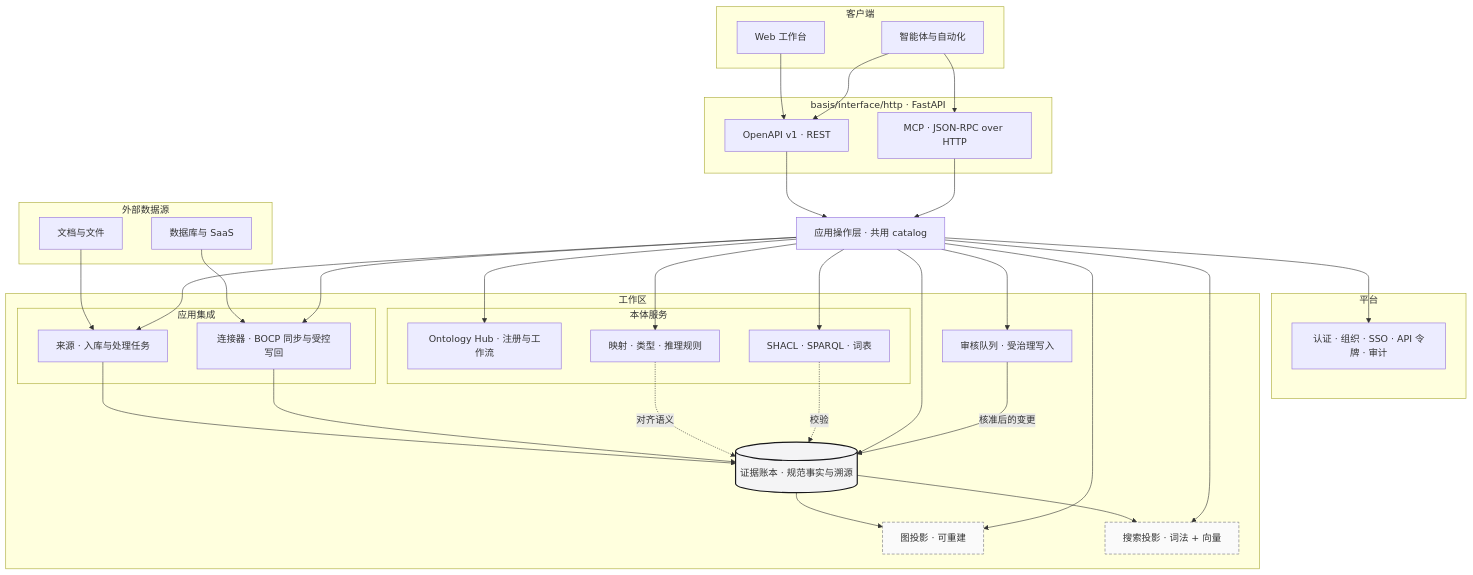
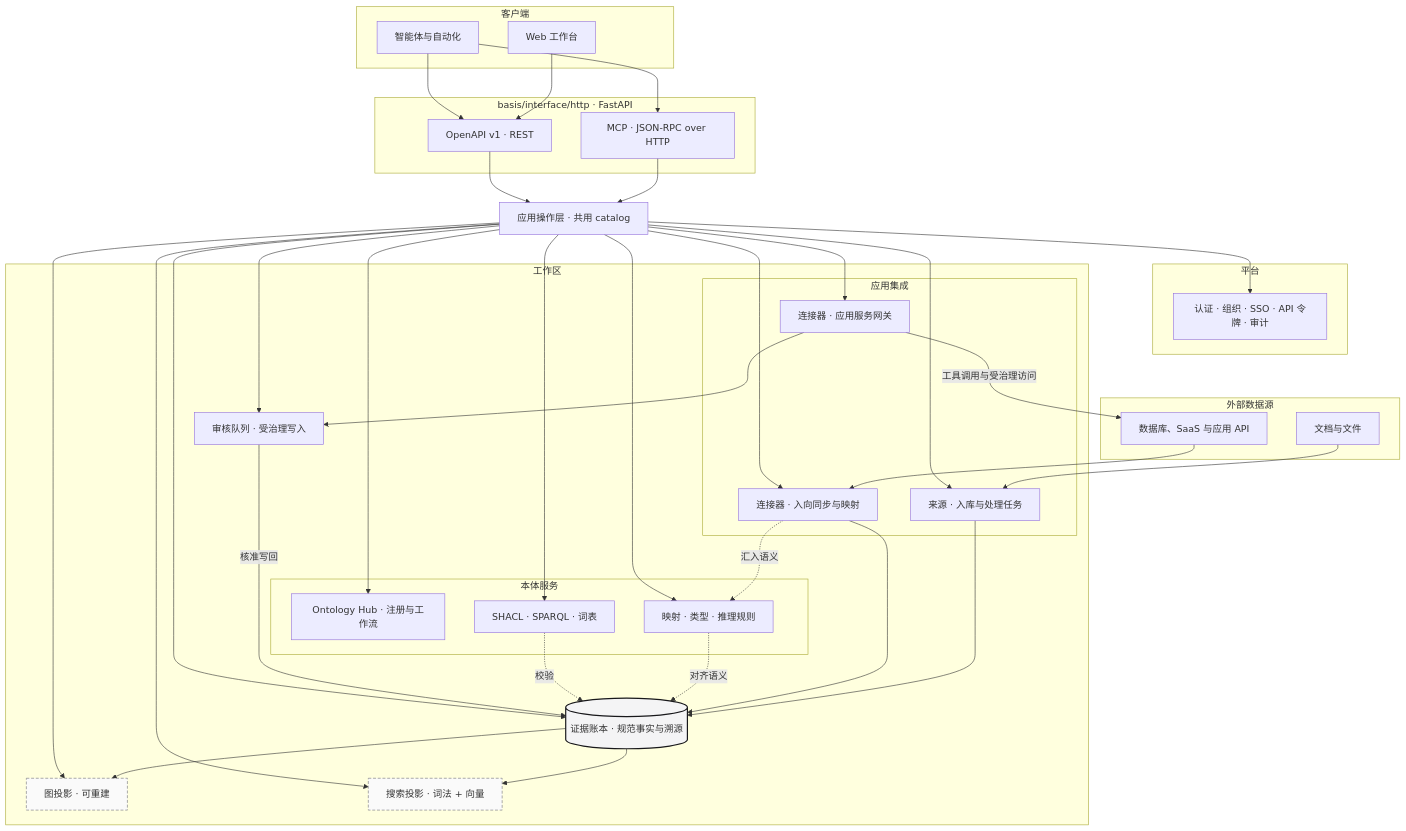
The diagram in README.zh-CN.md (FellowOS/basis), drawn with Mermaid before and after one commit. The commit also changed 2 other files, not shown here.

Commit message:
docs: show connectors as sync path and agent app-service gateway
Split connector roles in the architecture diagram: inbound sync into ledger/semantics versus MCP-governed tool access to external systems.

````diff
--- a/README.zh-CN.md
+++ b/README.zh-CN.md
@@ -60,72 +60,78 @@
 ```mermaid
 flowchart TB
   subgraph external["外部数据源"]
     docs["文档与文件"]
-    systems["数据库与 SaaS"]
+    systems["数据库、SaaS 与应用 API"]
   end
 
   subgraph clients["客户端"]
     studio["Web 工作台"]
     agents["智能体与自动化"]
   end
 
   subgraph apiLayer["basis/interface/http · FastAPI"]
     rest["OpenAPI v1 · REST"]
     mcp["MCP · JSON-RPC over HTTP"]
   end
 
   ops["应用操作层 · 共用 catalog"]
 
   subgraph platform["平台"]
     plat["认证 · 组织 · SSO · API 令牌 · 审计"]
   end
 
   subgraph workspace["工作区"]
     subgraph integration["应用集成"]
       sources["来源 · 入库与处理任务"]
-      conn["连接器 · BOCP 同步与受控写回"]
+      connSync["连接器 · 入向同步与映射"]
+      connGw["连接器 · 应用服务网关"]
     end
 
     subgraph ontologySvc["本体服务"]
       hub["Ontology Hub · 注册与工作流"]
       govern["SHACL · SPARQL · 词表"]
       maps["映射 · 类型 · 推理规则"]
     end
 
     ledger[("证据账本 · 规范事实与溯源")]
     review["审核队列 · 受治理写入"]
     graphProj["图投影 · 可重建"]
     searchProj["搜索投影 · 词法 + 向量"]
   end
 
   docs --> sources
-  systems --> conn
+  systems --> connSync
   sources --> ledger
-  conn --> ledger
+  connSync --> ledger
+  connSync -.->|"汇入语义"| maps
   maps -.->|"对齐语义"| ledger
   govern -.->|"校验"| ledger
   ledger --> graphProj
   ledger --> searchProj
 
+  agents --> mcp
+  mcp --> ops
+  ops --> connGw
+  connGw -->|"工具调用与受治理访问"| systems
+  connGw --> review
+  review -->|"核准写回"| ledger
+
   studio --> rest
   agents --> rest
-  agents --> mcp
   rest --> ops
-  mcp --> ops
   ops --> plat
   ops --> sources
-  ops --> conn
+  ops --> connSync
   ops --> hub
   ops --> govern
   ops --> maps
   ops --> ledger
   ops --> graphProj
   ops --> searchProj
   ops --> review
-  review -->|"核准后的变更"| ledger
 
   classDef canonical fill:#f4f4f5,stroke:#18181b,stroke-width:2px
   classDef projection fill:#fafafa,stroke:#71717a,stroke-dasharray: 5 3
   class ledger canonical
   class graphProj,searchProj projection
 ```
````
